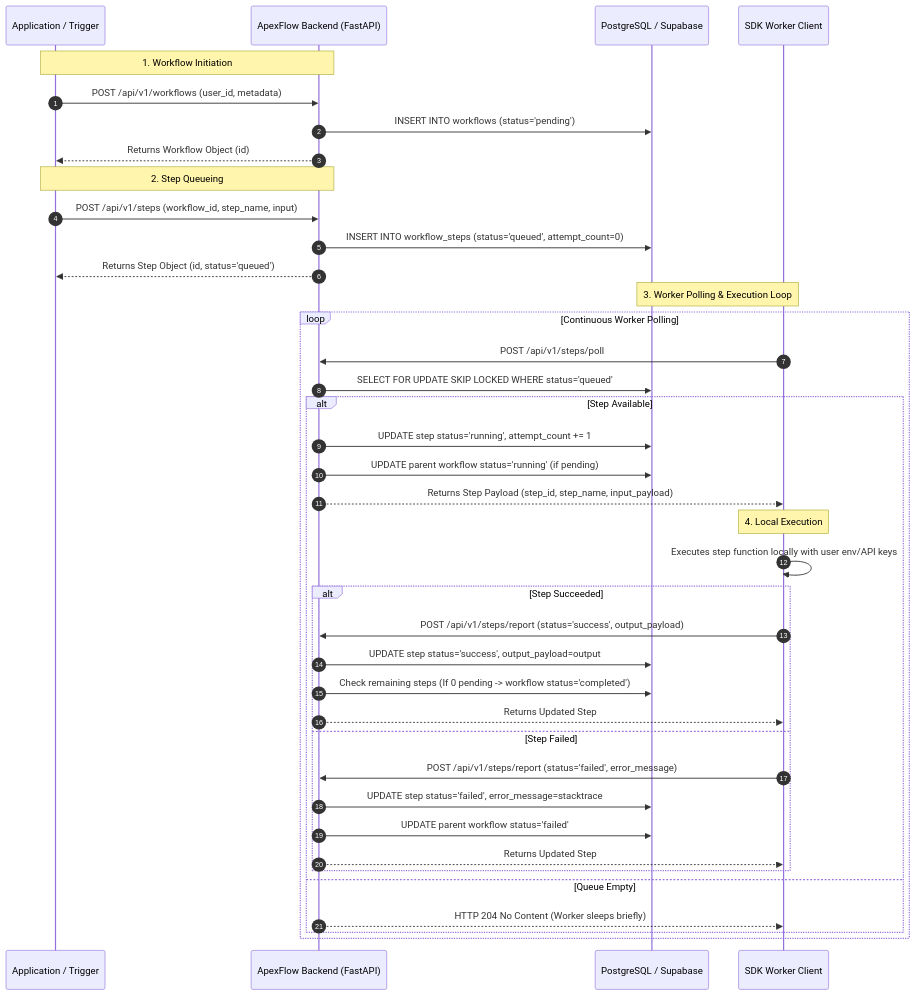
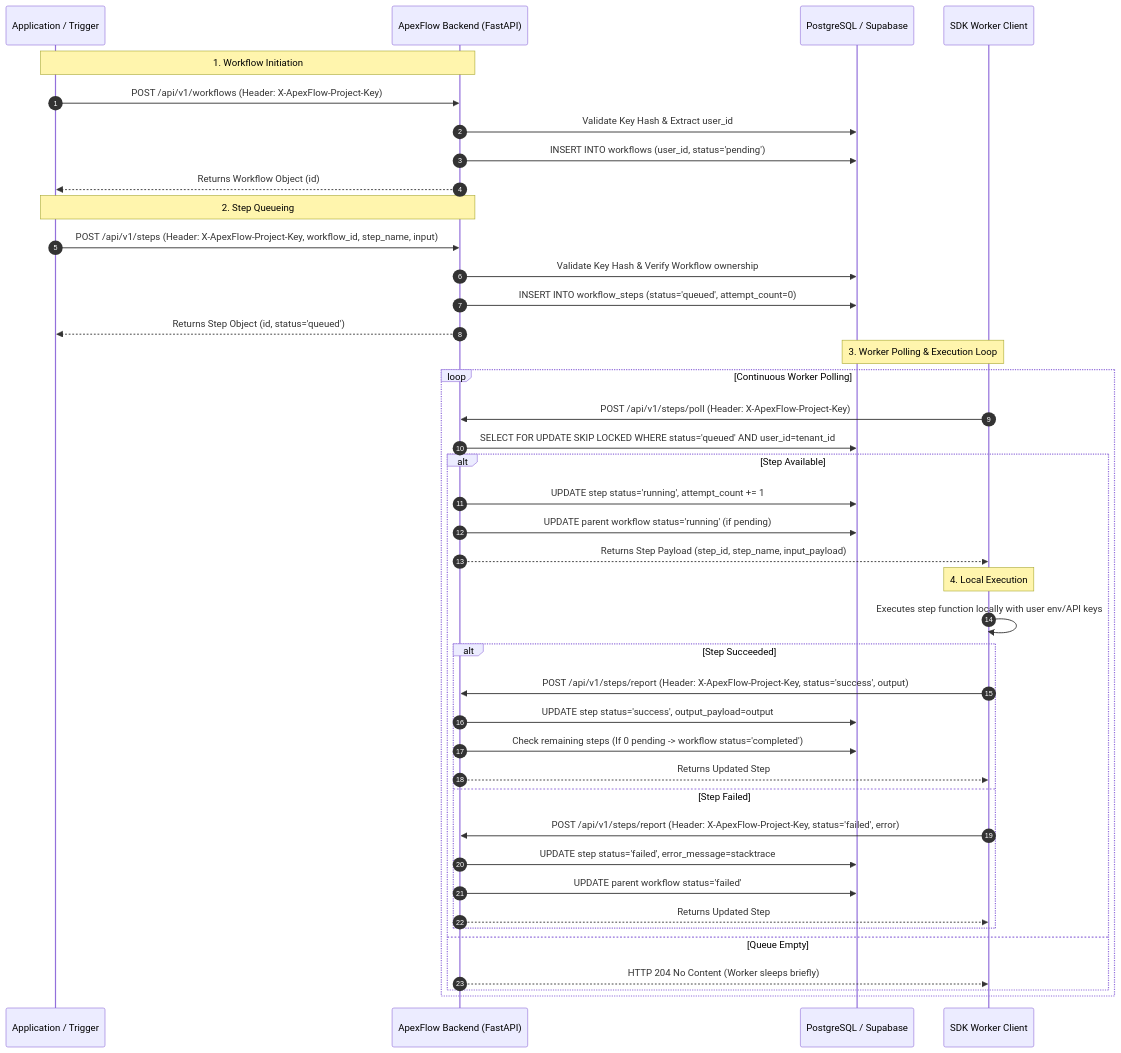
One commit to jarifulovi/apex-flow changed the diagram in docs/WORKFLOW_SPEC.md. Above: the diagram before and after it, drawn with Mermaid. The commit also changed other lines of this file and 3 other files, not shown here.

Commit message:
docs: update documentation for project API key authentication and endpoints

````diff
--- a/docs/WORKFLOW_SPEC.md
+++ b/docs/WORKFLOW_SPEC.md
@@ -11,46 +11,48 @@
 ```mermaid
 sequenceDiagram
     autonumber
     participant App as Application / Trigger
     participant Backend as ApexFlow Backend (FastAPI)
     participant DB as PostgreSQL / Supabase
     participant Worker as SDK Worker Client
 
     Note over App, Backend: 1. Workflow Initiation
-    App->>Backend: POST /api/v1/workflows (user_id, metadata)
-    Backend->>DB: INSERT INTO workflows (status='pending')
+    App->>Backend: POST /api/v1/workflows (Header: X-ApexFlow-Project-Key)
+    Backend->>DB: Validate Key Hash & Extract user_id
+    Backend->>DB: INSERT INTO workflows (user_id, status='pending')
     Backend-->>App: Returns Workflow Object (id)
 
     Note over App, Backend: 2. Step Queueing
-    App->>Backend: POST /api/v1/steps (workflow_id, step_name, input)
+    App->>Backend: POST /api/v1/steps (Header: X-ApexFlow-Project-Key, workflow_id, step_name, input)
+    Backend->>DB: Validate Key Hash & Verify Workflow ownership
     Backend->>DB: INSERT INTO workflow_steps (status='queued', attempt_count=0)
     Backend-->>App: Returns Step Object (id, status='queued')
 
     Note over Worker, DB: 3. Worker Polling & Execution Loop
     loop Continuous Worker Polling
-        Worker->>Backend: POST /api/v1/steps/poll
-        Backend->>DB: SELECT FOR UPDATE SKIP LOCKED WHERE status='queued'
+        Worker->>Backend: POST /api/v1/steps/poll (Header: X-ApexFlow-Project-Key)
+        Backend->>DB: SELECT FOR UPDATE SKIP LOCKED WHERE status='queued' AND user_id=tenant_id
         alt Step Available
             Backend->>DB: UPDATE step status='running', attempt_count += 1
             Backend->>DB: UPDATE parent workflow status='running' (if pending)
             Backend-->>Worker: Returns Step Payload (step_id, step_name, input_payload)
             
             Note over Worker: 4. Local Execution
             Worker->>Worker: Executes step function locally with user env/API keys
             
             alt Step Succeeded
-                Worker->>Backend: POST /api/v1/steps/report (status='success', output_payload)
+                Worker->>Backend: POST /api/v1/steps/report (Header: X-ApexFlow-Project-Key, status='success', output)
                 Backend->>DB: UPDATE step status='success', output_payload=output
                 Backend->>DB: Check remaining steps (If 0 pending -> workflow status='completed')
                 Backend-->>Worker: Returns Updated Step
             else Step Failed
-                Worker->>Backend: POST /api/v1/steps/report (status='failed', error_message)
+                Worker->>Backend: POST /api/v1/steps/report (Header: X-ApexFlow-Project-Key, status='failed', error)
                 Backend->>DB: UPDATE step status='failed', error_message=stacktrace
                 Backend->>DB: UPDATE parent workflow status='failed'
                 Backend-->>Worker: Returns Updated Step
             end
         else Queue Empty
             Backend-->>Worker: HTTP 204 No Content (Worker sleeps briefly)
         end
     end
 ```
````
